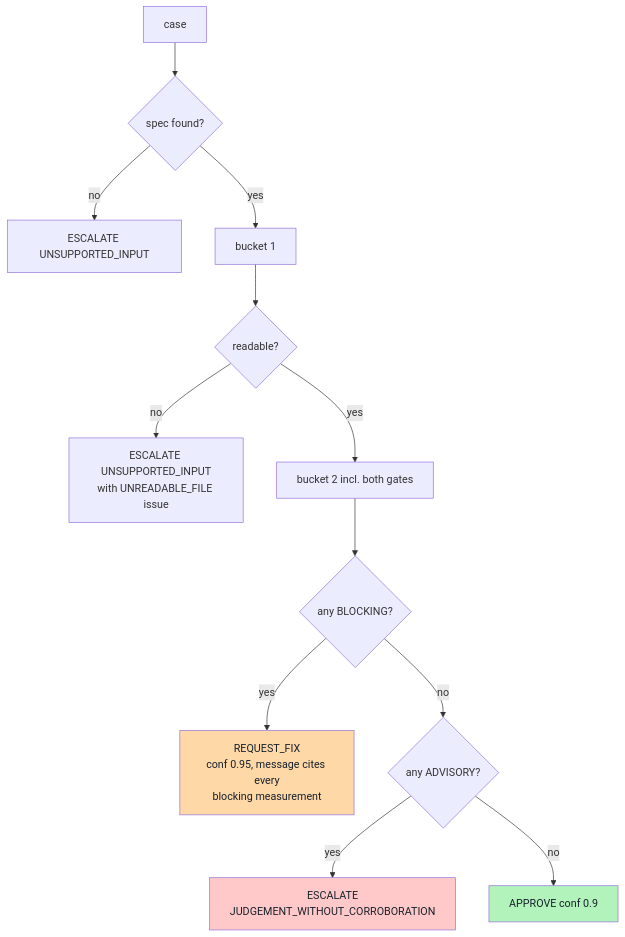
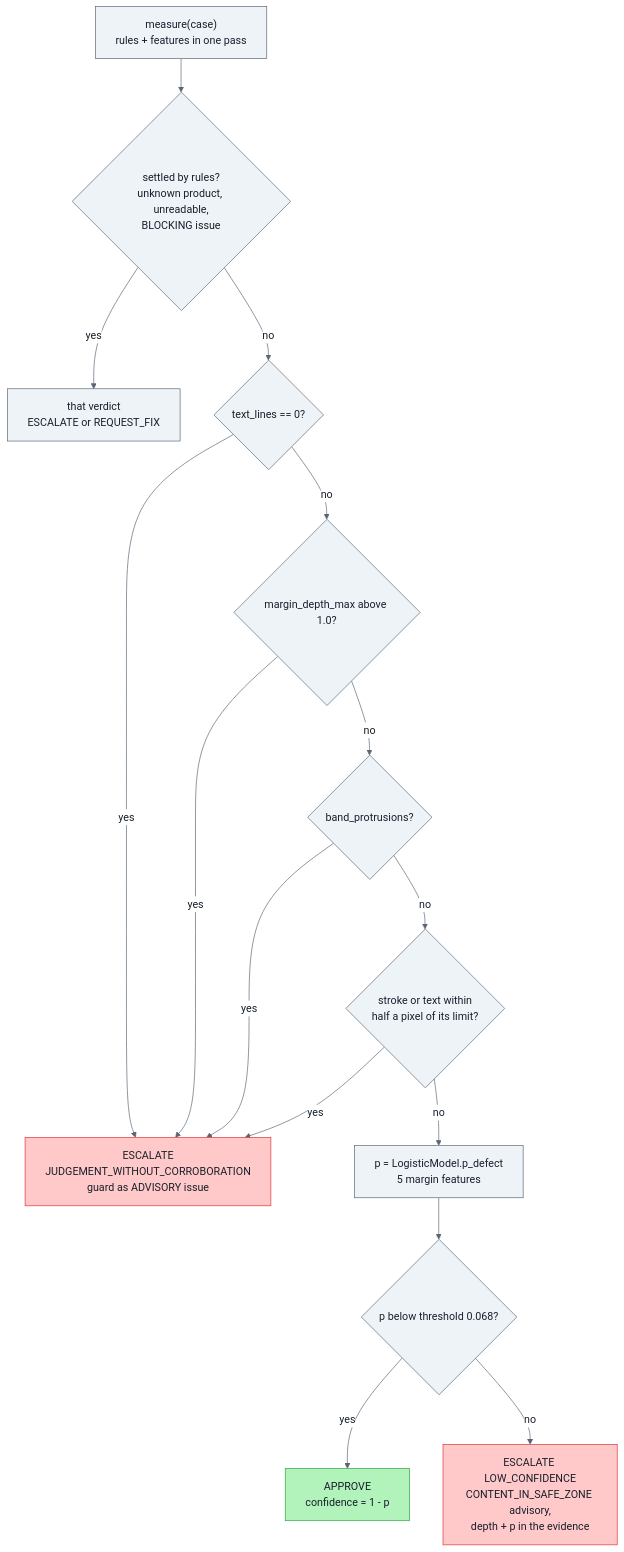
Diagram 11 of 14 in capstone/docs/learn.md (ashvolt/agents), drawn with Mermaid before and after one commit. The commit also changed other lines of this file, not shown here.

First line of the commit message:
docs(learn): cover the project to 2026-09-26; diagrams readable in any theme

````diff
--- a/capstone/docs/learn.md
+++ b/capstone/docs/learn.md
@@ -623,18 +736,22 @@
 ```mermaid
-%%{init: {"theme": "default"}}%%
+%%{init: {"theme":"base","themeVariables":{"background":"#ffffff","fontFamily":"Arial, Helvetica, sans-serif","primaryColor":"#eef3f8","primaryTextColor":"#17202b","primaryBorderColor":"#5a6573","secondaryColor":"#f5f7fa","secondaryTextColor":"#17202b","tertiaryColor":"#ffffff","tertiaryTextColor":"#17202b","lineColor":"#5a6573","textColor":"#17202b","titleColor":"#17202b","nodeTextColor":"#17202b","edgeLabelBackground":"#ffffff","clusterBkg":"#f7f9fb","clusterBorder":"#9aa5b1","cScale0":"#dbeafe","cScaleLabel0":"#17202b","cScalePeer0":"#5a6573","cScale1":"#dcfce7","cScaleLabel1":"#17202b","cScalePeer1":"#5a6573","cScale2":"#fef3c7","cScaleLabel2":"#17202b","cScalePeer2":"#5a6573","cScale3":"#fce7f3","cScaleLabel3":"#17202b","cScalePeer3":"#5a6573","cScale4":"#e0e7ff","cScaleLabel4":"#17202b","cScalePeer4":"#5a6573","cScale5":"#ccfbf1","cScaleLabel5":"#17202b","cScalePeer5":"#5a6573","cScale6":"#ffedd5","cScaleLabel6":"#17202b","cScalePeer6":"#5a6573","cScale7":"#f1f5f9","cScaleLabel7":"#17202b","cScalePeer7":"#5a6573"}}}%%
 flowchart TD
-    A[case] --> S{spec found?}
-    S -- no --> E0[ESCALATE UNSUPPORTED_INPUT]
-    S -- yes --> B1[bucket 1]
-    B1 --> R{readable?}
-    R -- no --> E1[ESCALATE UNSUPPORTED_INPUT<br/>with UNREADABLE_FILE issue]
-    R -- yes --> B2[bucket 2 incl. both gates]
-    B2 --> BL{any BLOCKING?}
-    BL -- yes --> RF["REQUEST_FIX<br/>conf 0.95, message cites every<br/>blocking measurement"]
-    BL -- no --> AD{any ADVISORY?}
-    AD -- yes --> ES["ESCALATE<br/>JUDGEMENT_WITHOUT_CORROBORATION"]
-    AD -- no --> AP[APPROVE conf 0.9]
-    style AP fill:#b2f2bb,color:#17202B
-    style RF fill:#ffd8a8,color:#17202B
-    style ES fill:#ffc9c9,color:#17202B
+    classDef default fill:#eef3f8,stroke:#5a6573,color:#17202b
+    M["measure(case)<br/>rules + features in one pass"] --> SET{"settled by rules?<br/>unknown product, unreadable,<br/>BLOCKING issue"}
+    SET -- yes --> OUT1["that verdict<br/>ESCALATE or REQUEST_FIX"]
+    SET -- no --> G1{"text_lines == 0?"}
+    G1 -- yes --> GE["ESCALATE<br/>JUDGEMENT_WITHOUT_CORROBORATION<br/>guard as ADVISORY issue"]
+    G1 -- no --> G2{"margin_depth_max above 1.0?"}
+    G2 -- yes --> GE
+    G2 -- no --> G3{"band_protrusions?"}
+    G3 -- yes --> GE
+    G3 -- no --> G4{"stroke or text within<br/>half a pixel of its limit?"}
+    G4 -- yes --> GE
+    G4 -- no --> P["p = LogisticModel.p_defect<br/>5 margin features"]
+    P --> T{"p below threshold 0.068?"}
+    T -- yes --> AP["APPROVE<br/>confidence = 1 - p"]
+    T -- no --> LC["ESCALATE LOW_CONFIDENCE<br/>CONTENT_IN_SAFE_ZONE advisory,<br/>depth + p in the evidence"]
+    style AP fill:#b2f2bb,stroke:#2f9e44,color:#17202b
+    style GE fill:#ffc9c9,stroke:#e03131,color:#17202b
+    style LC fill:#ffc9c9,stroke:#e03131,color:#17202b
 ```
````
